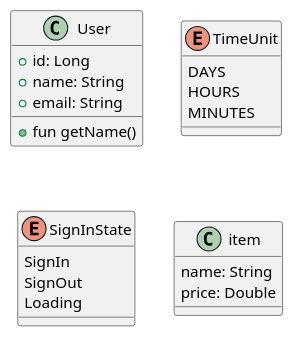
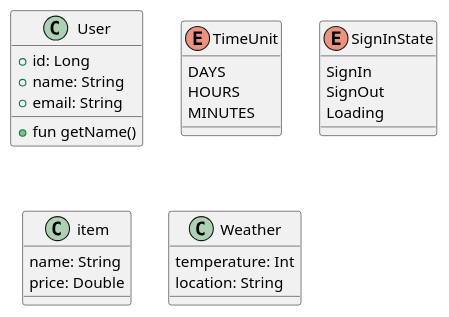
Before and after one commit to gangnam2-sesac-team3/collaborative-practice: the diagram in test.puml, drawn with PlantUML.

Commit message:
feat : test.puml 파일 수정 Weather 클래스 추가!

```diff
--- a/test.puml
+++ b/test.puml
@@ -1,27 +1,32 @@
 @startuml
 'https://plantuml.com/class-diagram
 
 class User {
     + id: Long
     + name: String
     + email: String
     + fun getName()
 }
 
 enum TimeUnit {
 DAYS
 HOURS
 MINUTES
 }
 
 enum SignInState {
     SignIn
     SignOut
     Loading
 }
 
 class item {
     name: String
     price: Double
 }
+
+class Weather {
+    temperature: Int
+    location: String
+}
 @enduml
```
